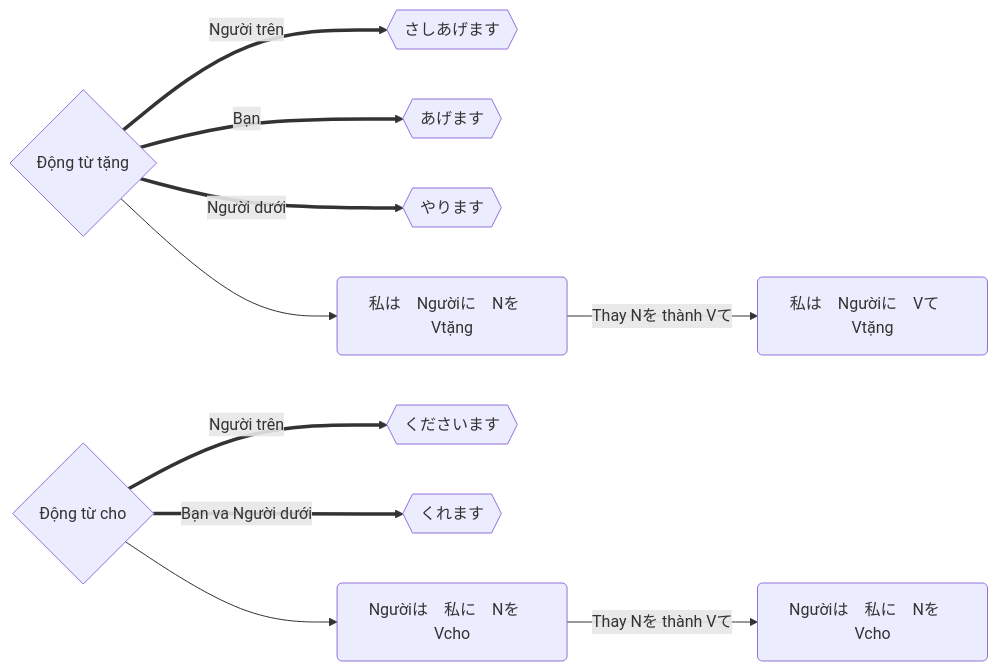
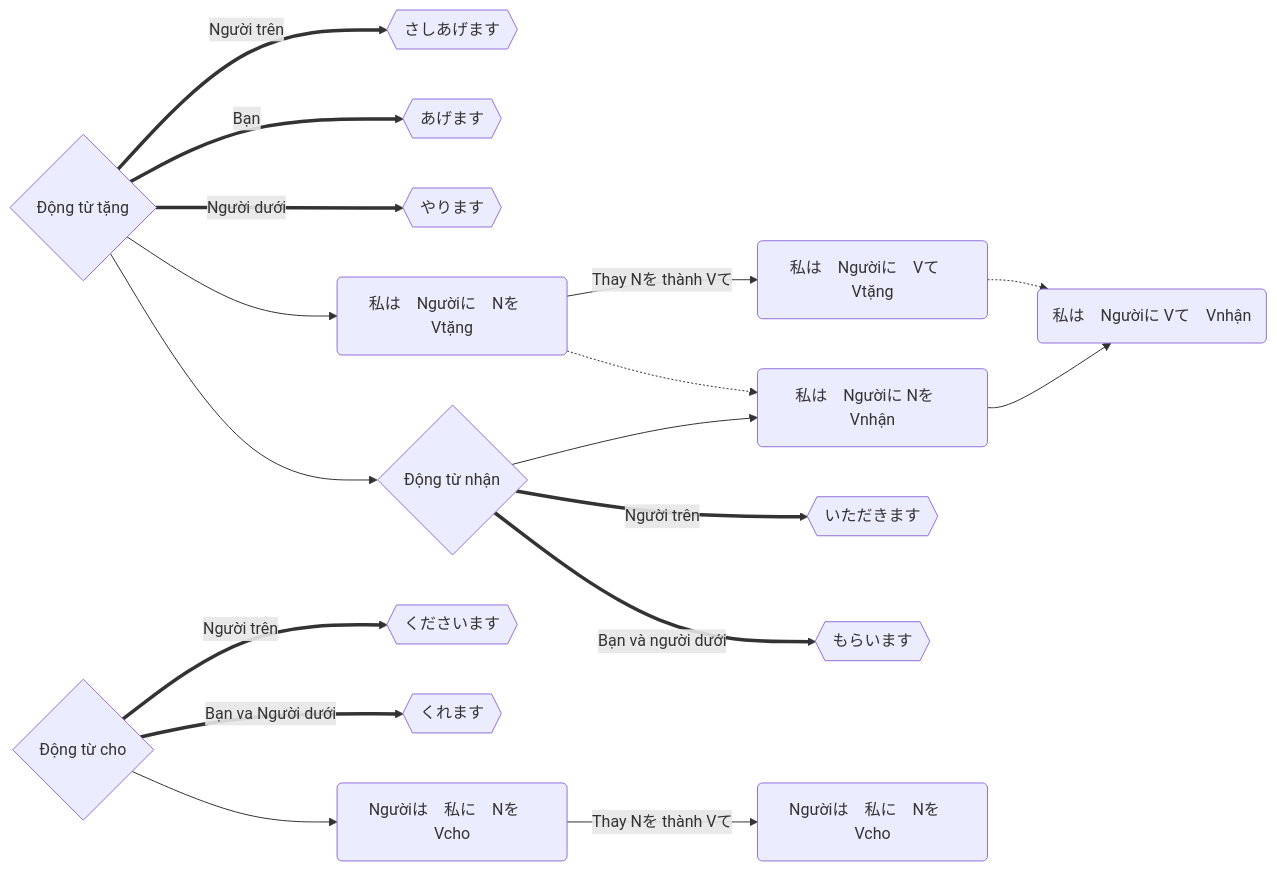
One commit to tea1504/learn changed the diagram in Dong_Tu_Cho_Tang.md. Above: the diagram before and after it, drawn with Mermaid. The commit also changed 16 other files, not shown here.

````diff
--- a/Dong_Tu_Cho_Tang.md
+++ b/Dong_Tu_Cho_Tang.md
@@ -1,18 +1,25 @@
 ```mermaid
 graph LR;
-  Vt{Động từ tặng}
-  Vc{Động từ cho}
+	Vt{Động từ tặng}
+	Vc{Động từ cho}
 
-  Vt==>|Người trên|bieuT{{さしあげます}}
-  Vt==>|Bạn|tangT{{あげます}}
-  Vt==>|Người dưới|choT{{やります}}
+	Vt==>|Người trên|bieuT{{さしあげます}}
+	Vt==>|Bạn|tangT{{あげます}}
+	Vt==>|Người dưới|choT{{やります}}
 
-  Vc==>|Người trên|bieuN{{くださいます}}
-  Vc==>|Bạn va Người dưới|tangN{{くれます}}
+	Vc==>|Người trên|bieuN{{くださいます}}
+	Vc==>|Bạn va Người dưới|tangN{{くれます}}
 
-  Vt-->npTang(私は　Ngườiに　Nを　Vtặng)
-  npTang-->|Thay Nを thành Vて|npTangVte(私は　Ngườiに　Vて　Vtặng)
+	Vt-->npTang(私は　Ngườiに　Nを　Vtặng)
+	npTang-->|Thay Nを thành Vて|npTangVte(私は　Ngườiに　Vて　Vtặng)
 
-  Vc-->npCho(Ngườiは　私に　Nを　Vcho)
-  npCho-->|Thay Nを thành Vて|npChoVte(Ngườiは　私に　Nを　Vcho)
+	Vc-->npCho(Ngườiは　私に　Nを　Vcho)
+	npCho-->|Thay Nを thành Vて|npChoVte(Ngườiは　私に　Nを　Vcho)
+
+	Vt-->Vn{Động từ nhận}
+	npTang-.->npNhan(私は　Ngườiに Nを　Vnhận)
+	Vn-->npNhan-->npNhanVte(私は　Ngườiに Vて　Vnhận)
+	npTangVte-.->npNhanVte(私は　Ngườiに Vて　Vnhận)
+	Vn==>|Người trên|nhan{{いただきます}}
+	Vn==>|Bạn và người dưới|nhan2{{もらいます}}
 ```
````
